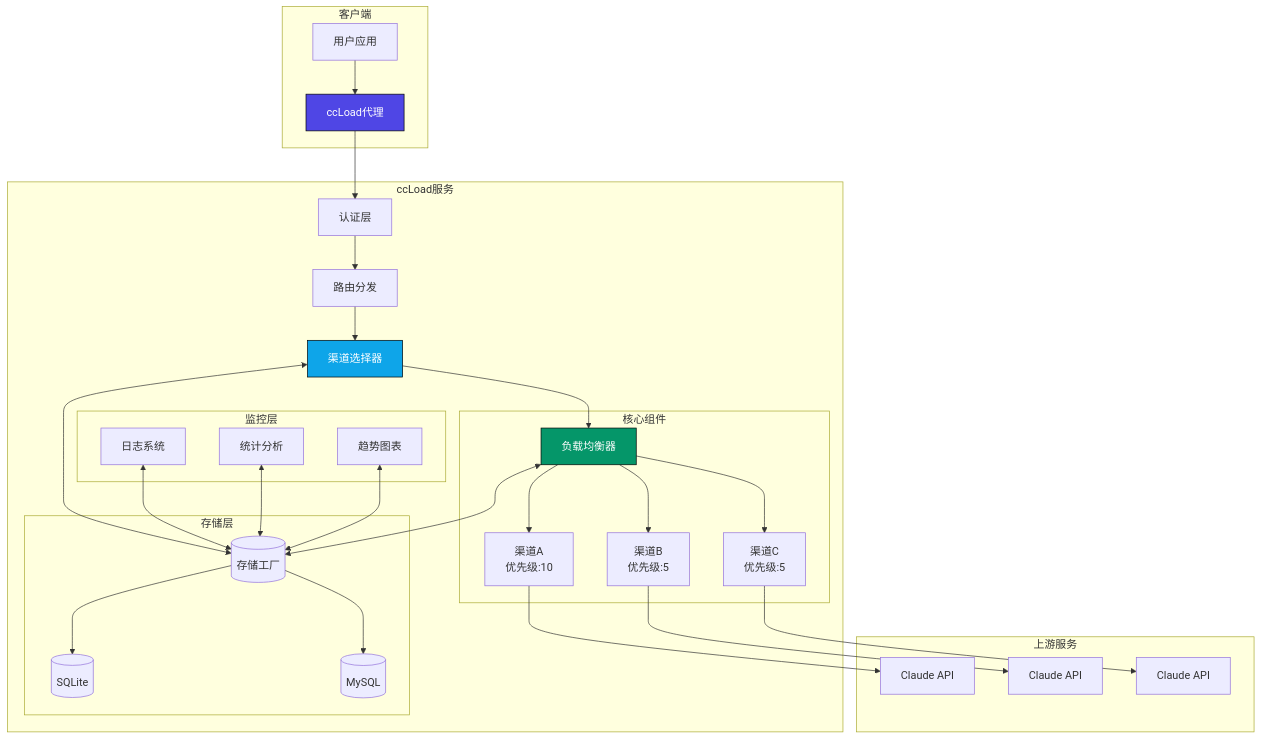
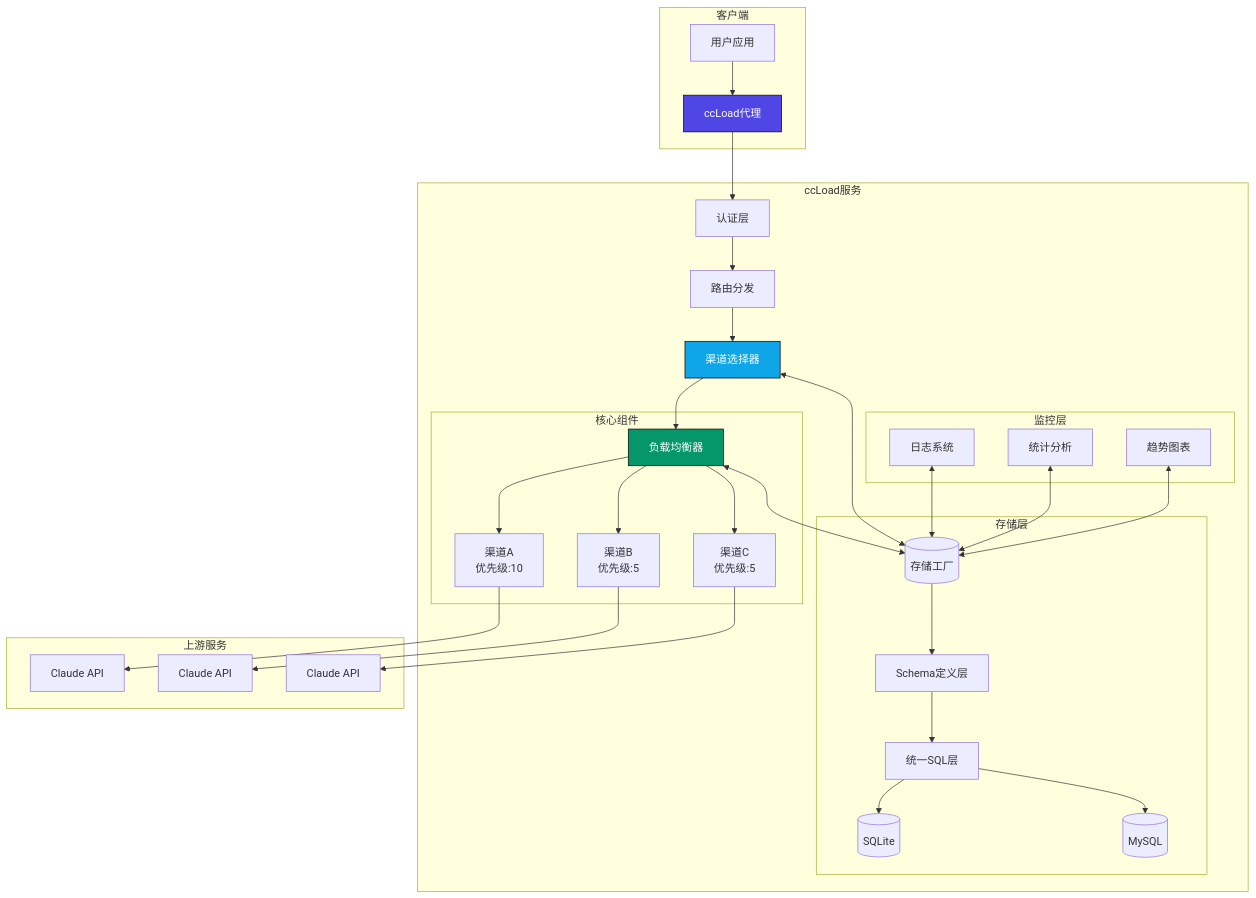
Before and after one commit to caidaoli/ccLoad: the diagram in README.md, drawn with Mermaid. The commit also changed other lines of this file and 1 other file, not shown here.

````diff
--- a/README.md
+++ b/README.md
@@ -45,49 +45,53 @@
 ```mermaid
 graph TB
     subgraph "客户端"
         A[用户应用] --> B[ccLoad代理]
     end
     
     subgraph "ccLoad服务"
         B --> C[认证层]
         C --> D[路由分发]
         D --> E[渠道选择器]
         E --> F[负载均衡器]
         
         subgraph "核心组件"
             F --> G[渠道A<br/>优先级:10]
             F --> H[渠道B<br/>优先级:5]
             F --> I[渠道C<br/>优先级:5]
         end
         
         subgraph "存储层"
             J[(存储工厂)]
+            J3[Schema定义层]
+            J4[统一SQL层]
             J1[(SQLite)]
             J2[(MySQL)]
-            J --> J1
-            J --> J2
+            J --> J3
+            J3 --> J4
+            J4 --> J1
+            J4 --> J2
         end
         
         subgraph "监控层"
             K[日志系统]
             L[统计分析]
             M[趋势图表]
         end
     end
     
     subgraph "上游服务"
         G --> N[Claude API]
         H --> O[Claude API]
         I --> P[Claude API]
     end
     
     E <--> J
     F <--> J
     K <--> J
     L <--> J
     M <--> J
     
     style B fill:#4F46E5,stroke:#000,color:#fff
     style F fill:#059669,stroke:#000,color:#fff
     style E fill:#0EA5E9,stroke:#000,color:#fff
 ```
````
